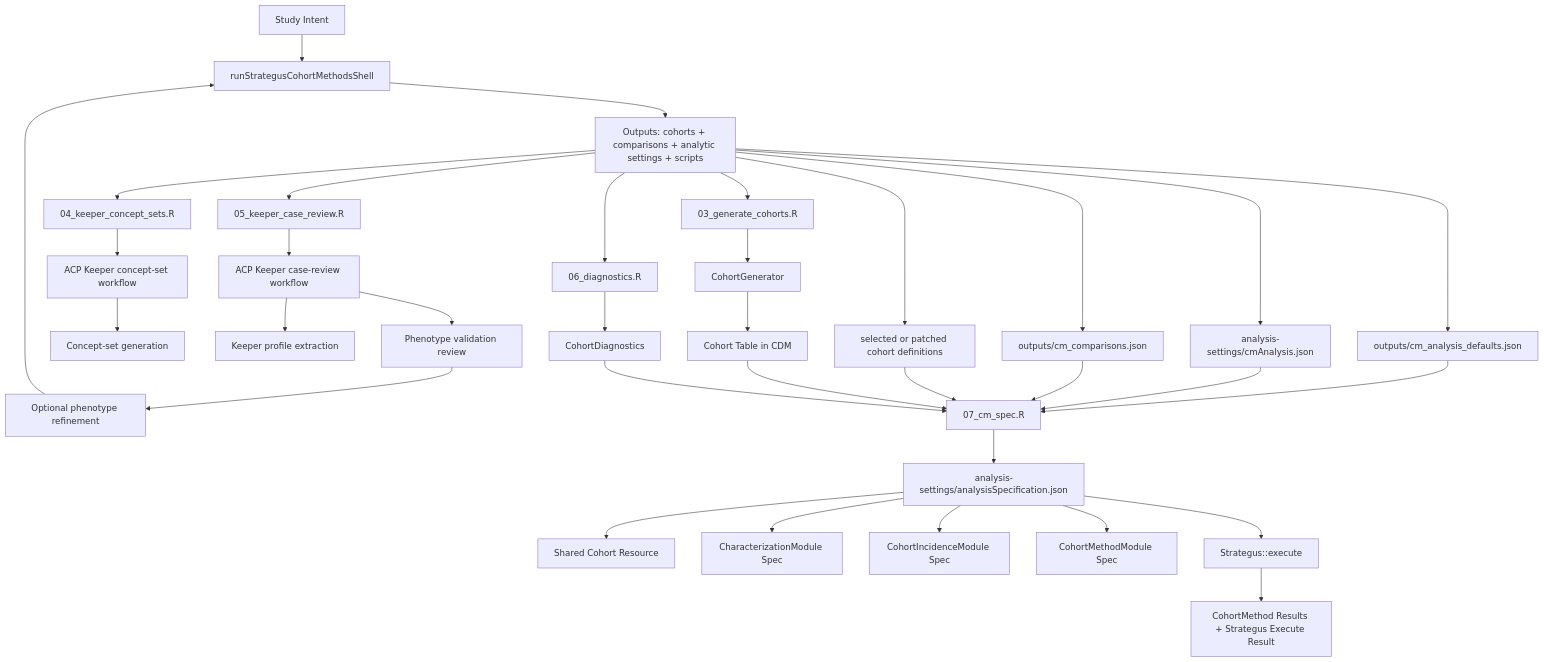
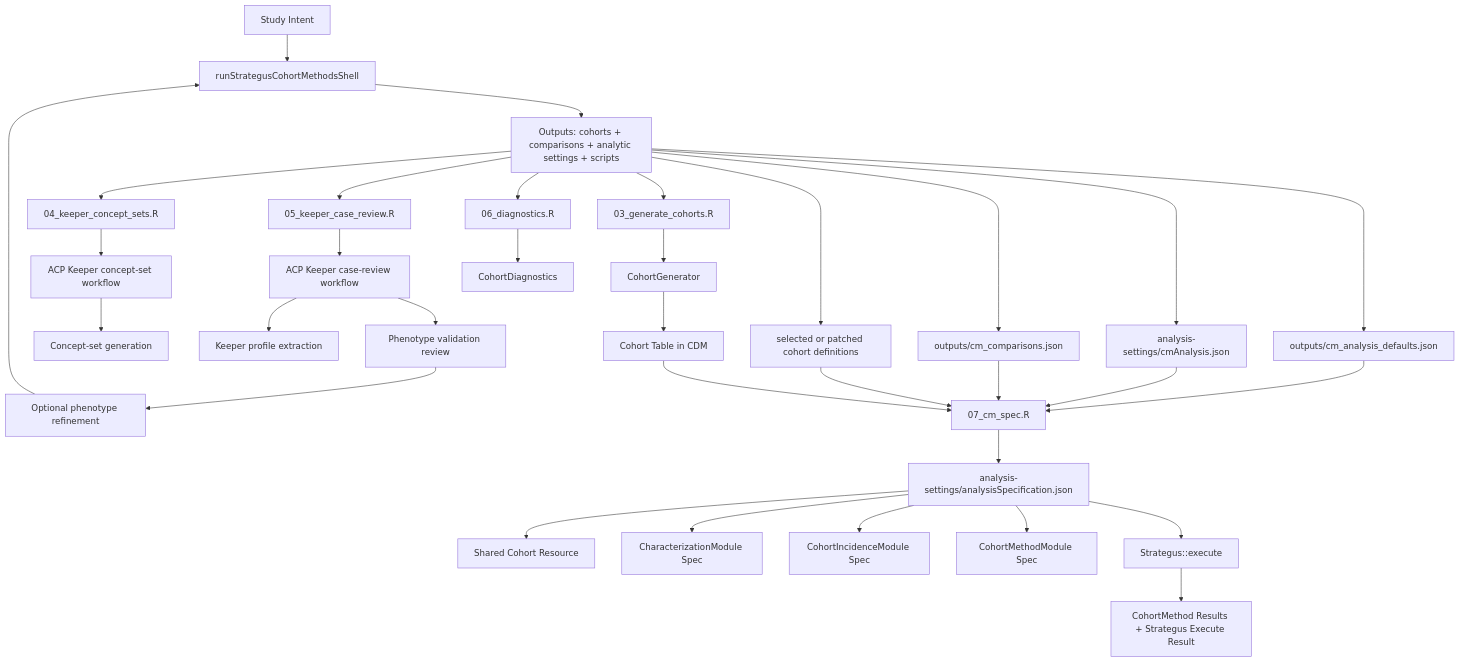
The second of 2 diagrams in docs/WORKFLOW_COHORT_METHODS.md (OHDSI/StudyAgent), drawn with Mermaid before and after one commit. The commit also changed other lines of this file and 5 other files, not shown here.

````diff
--- a/docs/WORKFLOW_COHORT_METHODS.md
+++ b/docs/WORKFLOW_COHORT_METHODS.md
@@ -83,43 +83,42 @@
 ```mermaid
 flowchart TD
   A["Study Intent"] --> B["runStrategusCohortMethodsShell"]
   B --> C["Outputs: cohorts + comparisons + analytic settings + scripts"]
 
   C --> D["03_generate_cohorts.R"]
   D --> E["CohortGenerator"]
   E --> F["Cohort Table in CDM"]
 
   C --> G["04_keeper_concept_sets.R"]
   G --> H["ACP Keeper concept-set workflow"]
   H --> I["Concept-set generation"]
 
   C --> J["05_keeper_case_review.R"]
   J --> K["ACP Keeper case-review workflow"]
   K --> L["Keeper profile extraction"]
   K --> M["Phenotype validation review"]
   M --> N["Optional phenotype refinement"]
   N --> B
 
   C --> O["06_diagnostics.R"]
   O --> P["CohortDiagnostics"]
 
   C --> Q["outputs/cm_analysis_defaults.json"]
   C --> R["analysis-settings/cmAnalysis.json"]
   C --> S["outputs/cm_comparisons.json"]
   C --> T["selected or patched cohort definitions"]
 
   Q --> U["07_cm_spec.R"]
   R --> U
   S --> U
   T --> U
   F --> U
-  P --> U
 
   U --> V["analysis-settings/analysisSpecification.json"]
   V --> W["Shared Cohort Resource"]
   V --> X["CharacterizationModule Spec"]
   V --> Y["CohortIncidenceModule Spec"]
   V --> Z["CohortMethodModule Spec"]
   V --> AA["Strategus::execute"]
   AA --> AB["CohortMethod Results + Strategus Execute Result"]
 ```
````
